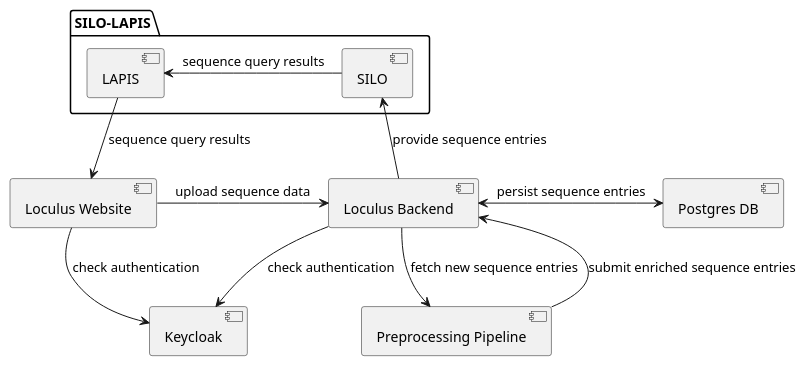
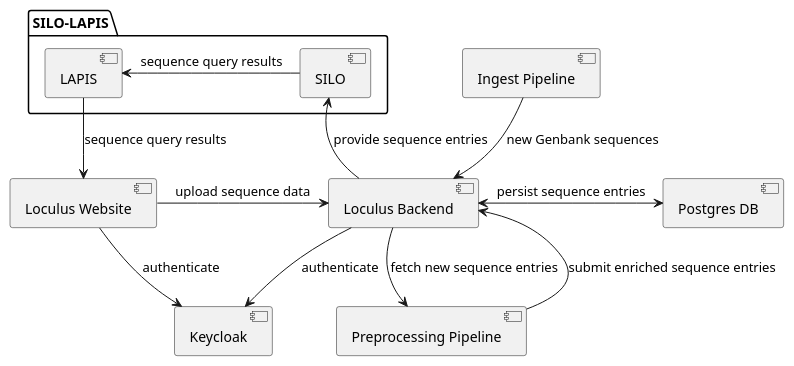
The diagram in backend/docs/plantuml/architectureOverview.puml (loculus-project/loculus), drawn with PlantUML before and after one commit. The commit also changed 1 other file, not shown here.

Commit message:
doc(arch):  Add ingest pipeline to architecture puml

```diff
--- a/backend/docs/plantuml/architectureOverview.puml
+++ b/backend/docs/plantuml/architectureOverview.puml
@@ -1,27 +1,30 @@
 @startuml
 
 folder SILO-LAPIS {
     component SILO
     component LAPIS
 }
 
 component "Loculus Website" as Website
 component "Loculus Backend" as Backend
 component "Postgres DB" as Postgres
-component "Preprocessing Pipeline" as pipeline
+
+component "Preprocessing Pipeline" as Preprocessing
+component "Ingest Pipeline" as Ingest
 
 component Keycloak
 
-Website --> Keycloak : check authentication
-Backend --> Keycloak : check authentication
+Website -r-> Backend : upload sequence data
+Backend <-> Postgres : persist sequence entries
+Backend --> Preprocessing : fetch new sequence entries
+Backend <-- Preprocessing : submit enriched sequence entries
+Ingest -d-> Backend : new Genbank sequences
 
-Website -> Backend : upload sequence data
-Backend --> pipeline : fetch new sequence entries
-Backend <-> Postgres : persist sequence entries
-Backend <-- pipeline : submit enriched sequence entries
-
+LAPIS --> Website : sequence query results
 SILO <-- Backend : provide sequence entries
-LAPIS --> Website : sequence query results
 LAPIS <- SILO : sequence query results
 
+Website -d-> Keycloak : authenticate
+Backend -d-> Keycloak : authenticate
+
 @enduml
```
